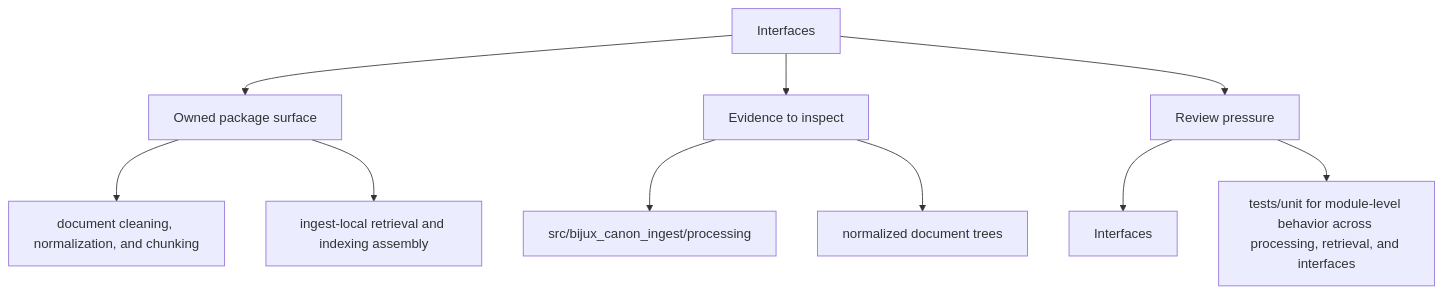
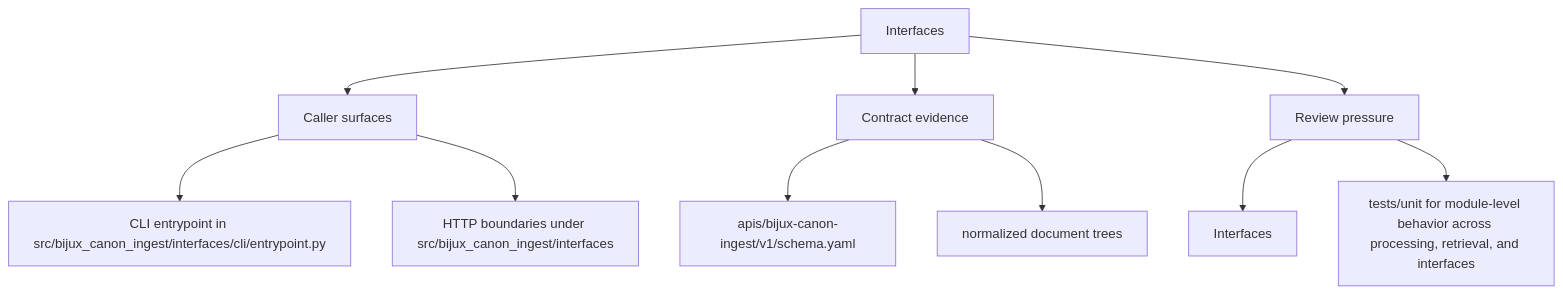
Before and after one commit to bijux/bijux-canon: the second of 2 diagrams in docs/bijux-canon-ingest/interfaces/index.md, drawn with Mermaid. The commit also changed other lines of this file and 250 other files, not shown here.

Commit message:
docs(diagrams): make product page maps more readable

````diff
--- a/docs/bijux-canon-ingest/interfaces/index.md
+++ b/docs/bijux-canon-ingest/interfaces/index.md
@@ -32,22 +32,22 @@
 ```mermaid
 flowchart TD
     page["Interfaces"]
-    focus1["Owned package surface"]
+    focus1["Caller surfaces"]
     page --> focus1
-    focus1_1["document cleaning, normalization, and chunking"]
+    focus1_1["CLI entrypoint in src/bijux_canon_ingest/interfaces/cli/entrypoint.py"]
     focus1 --> focus1_1
-    focus1_2["ingest-local retrieval and indexing assembly"]
+    focus1_2["HTTP boundaries under src/bijux_canon_ingest/interfaces"]
     focus1 --> focus1_2
-    focus2["Evidence to inspect"]
+    focus2["Contract evidence"]
     page --> focus2
-    focus2_1["src/bijux_canon_ingest/processing"]
+    focus2_1["apis/bijux-canon-ingest/v1/schema.yaml"]
     focus2 --> focus2_1
     focus2_2["normalized document trees"]
     focus2 --> focus2_2
     focus3["Review pressure"]
     page --> focus3
     focus3_1["Interfaces"]
     focus3 --> focus3_1
     focus3_2["tests/unit for module-level behavior across processing, retrieval, and interfaces"]
     focus3 --> focus3_2
 ```
````
